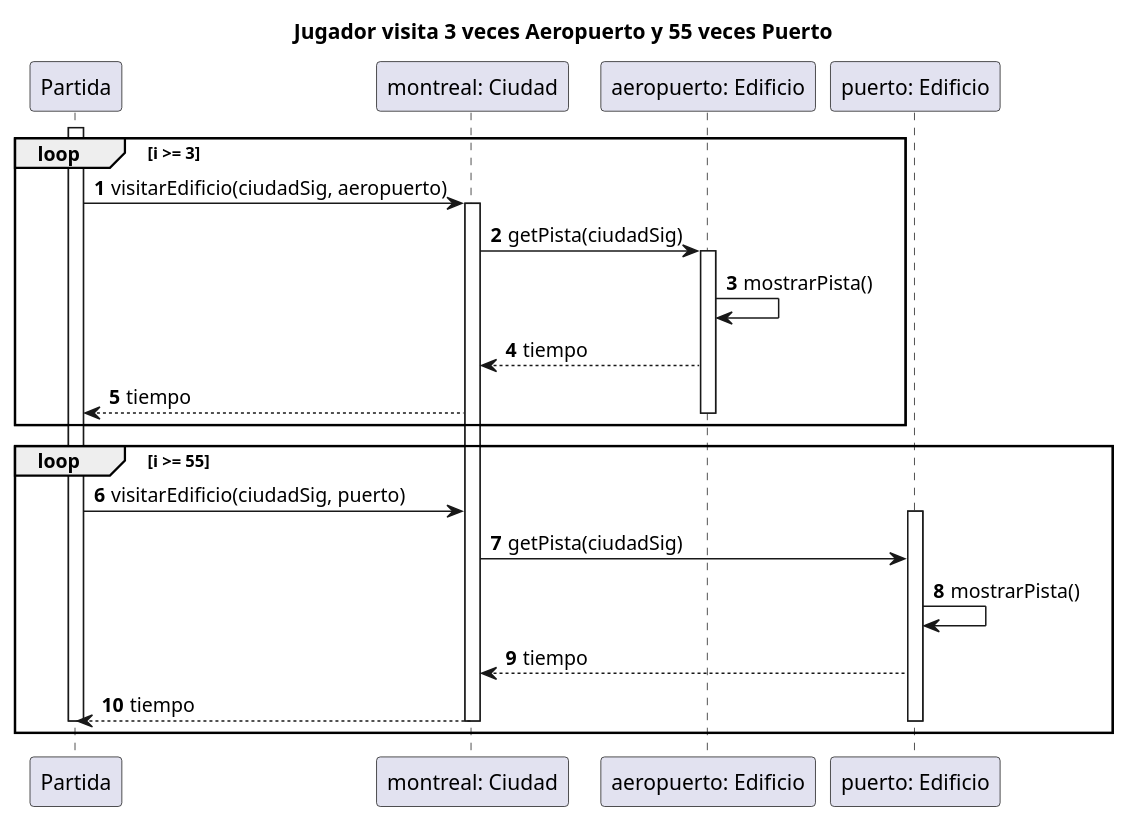
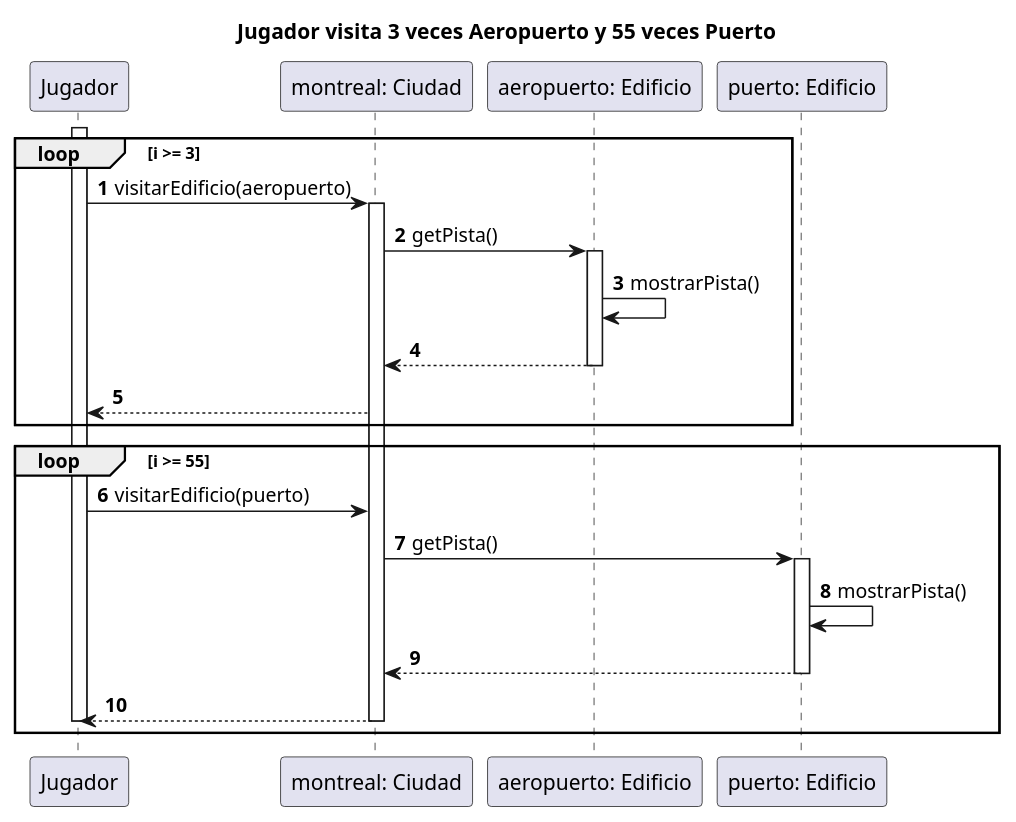
One commit to alexguttlein/TP2-CarmenSandiego changed the diagram in diagrams/sequences/Entrega1/casoUso4.puml. Above: the diagram before and after it, drawn with PlantUML. The commit also changed 20 other files, not shown here.

```diff
--- a/diagrams/sequences/Entrega1/casoUso4.puml
+++ b/diagrams/sequences/Entrega1/casoUso4.puml
@@ -1,29 +1,29 @@
 @startuml
 
 autonumber
 title "Jugador visita 3 veces Aeropuerto y 55 veces Puerto"
 
-activate Partida
+activate Jugador
 loop    i >= 3
-    Partida -> "montreal: Ciudad": visitarEdificio(ciudadSig, aeropuerto)
+    Jugador -> "montreal: Ciudad": visitarEdificio(aeropuerto)
     activate "montreal: Ciudad"
-    "montreal: Ciudad" -> "aeropuerto: Edificio": getPista(ciudadSig)
+    "montreal: Ciudad" -> "aeropuerto: Edificio": getPista()
     activate "aeropuerto: Edificio"
     "aeropuerto: Edificio" -> "aeropuerto: Edificio": mostrarPista()
-    "aeropuerto: Edificio" --> "montreal: Ciudad": tiempo
-    "montreal: Ciudad" --> Partida: tiempo
+    "aeropuerto: Edificio" --> "montreal: Ciudad"
     deactivate "aeropuerto: Edificio"
+    "montreal: Ciudad" --> Jugador
 end loop
 loop    i >= 55
-    Partida -> "montreal: Ciudad": visitarEdificio(ciudadSig, puerto)
+    Jugador -> "montreal: Ciudad": visitarEdificio(puerto)
+    "montreal: Ciudad" -> "puerto: Edificio": getPista()
     activate "puerto: Edificio"
-    "montreal: Ciudad" -> "puerto: Edificio": getPista(ciudadSig)
     "puerto: Edificio" -> "puerto: Edificio": mostrarPista()
-    "puerto: Edificio" --> "montreal: Ciudad": tiempo
-    "montreal: Ciudad" --> Partida: tiempo
+    "puerto: Edificio" --> "montreal: Ciudad"
     deactivate "puerto: Edificio"
+    "montreal: Ciudad" --> Jugador
     deactivate "montreal: Ciudad"
-    deactivate Partida
+    deactivate Jugador
 end loop
 
 @enduml
```
